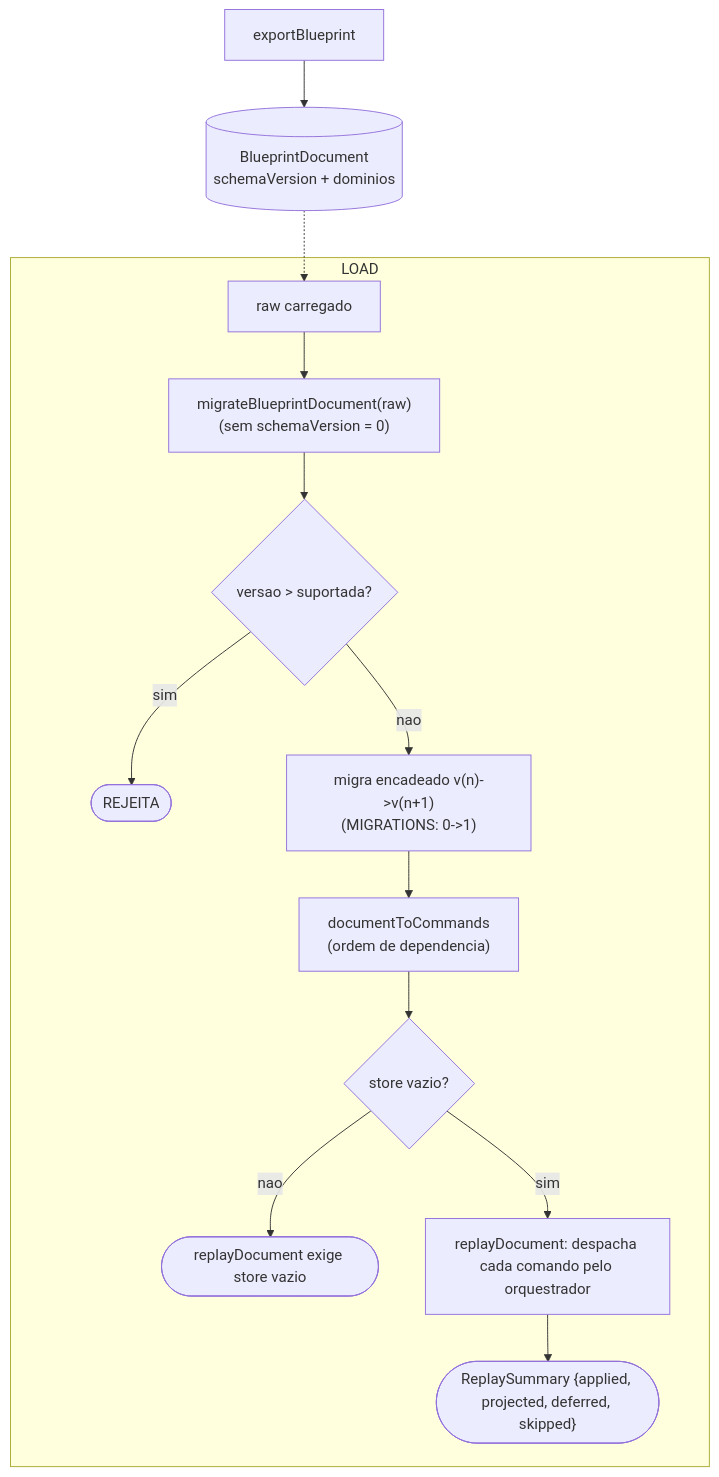
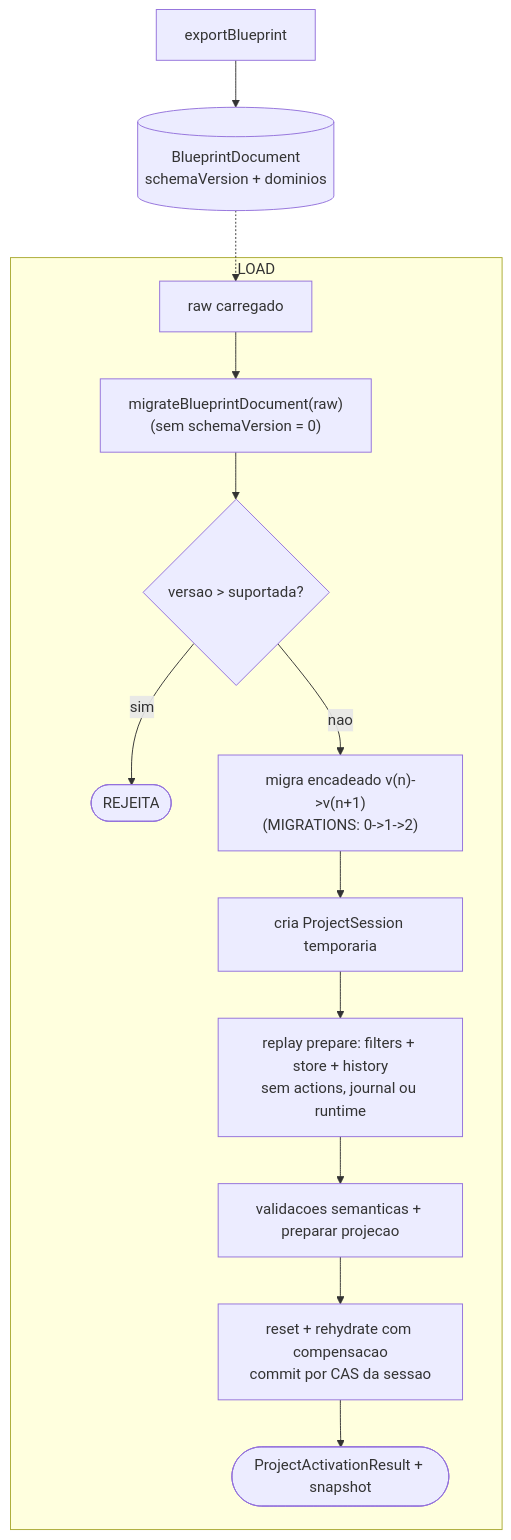
Before and after one commit to flaviotinococoutinho/Gridsmith: the eighth of 8 diagrams in docs/CANONICAL-MODEL.md, drawn with Mermaid. The commit also changed other lines of this file and 68 other files, not shown here.

````diff
--- a/docs/CANONICAL-MODEL.md
+++ b/docs/CANONICAL-MODEL.md
@@ -271,16 +296,16 @@
 ```mermaid
 graph TD
   EXP["exportBlueprint"] --> DOC[("BlueprintDocument<br/>schemaVersion + dominios")]
   DOC -.-> RAW["raw carregado"]
   subgraph LOAD["LOAD"]
     RAW --> MIG["migrateBlueprintDocument(raw)<br/>(sem schemaVersion = 0)"]
     MIG --> V{"versao > suportada?"}
     V -->|"sim"| REJ(["REJEITA"])
-    V -->|"nao"| CHAIN["migra encadeado v(n)->v(n+1)<br/>(MIGRATIONS: 0->1)"]
-    CHAIN --> CMD["documentToCommands<br/>(ordem de dependencia)"]
-    CMD --> CHK{"store vazio?"}
-    CHK -->|"nao"| ERR(["replayDocument exige store vazio"])
-    CHK -->|"sim"| REP["replayDocument: despacha cada comando pelo orquestrador"]
-    REP --> SUM(["ReplaySummary {applied, projected, deferred, skipped}"])
+    V -->|"nao"| CHAIN["migra encadeado v(n)->v(n+1)<br/>(MIGRATIONS: 0->1->2)"]
+    CHAIN --> TMP["cria ProjectSession temporaria"]
+    TMP --> REP["replay prepare: filters + store + history<br/>sem actions, journal ou runtime"]
+    REP --> SEM["validacoes semanticas + preparar projecao"]
+    SEM --> SWAP["reset + rehydrate com compensacao<br/>commit por CAS da sessao"]
+    SWAP --> SUM(["ProjectActivationResult + snapshot"])
   end
 ```
````
